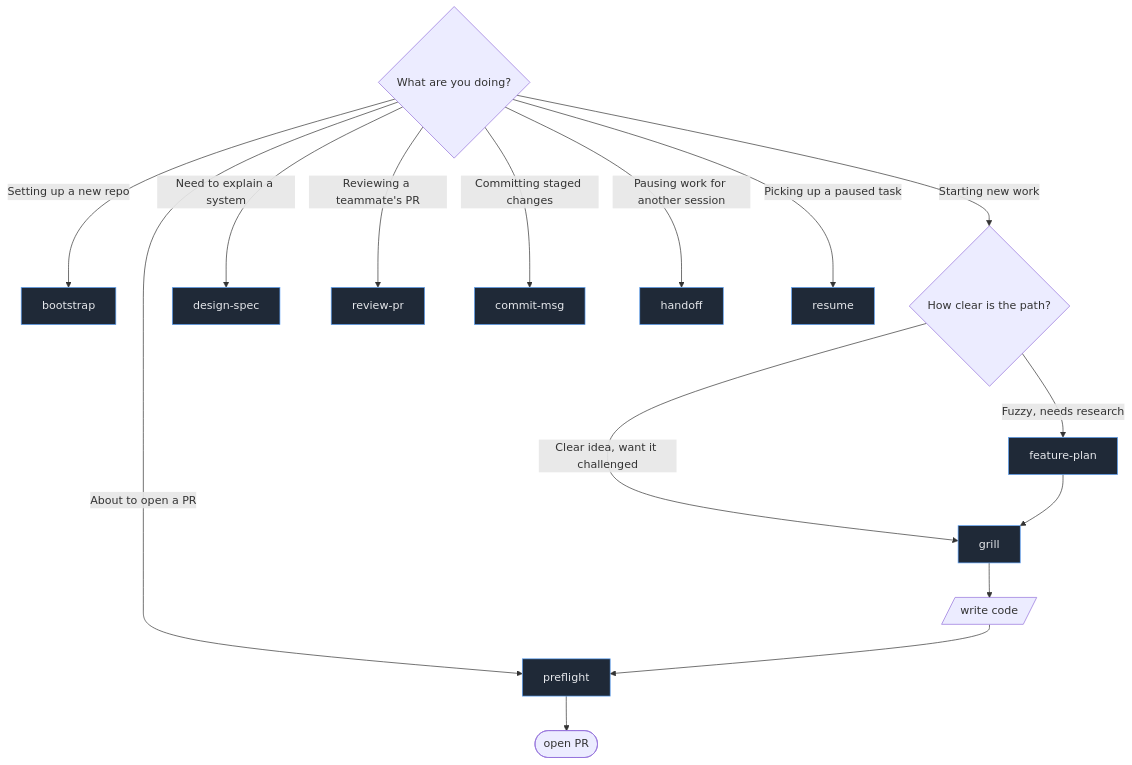
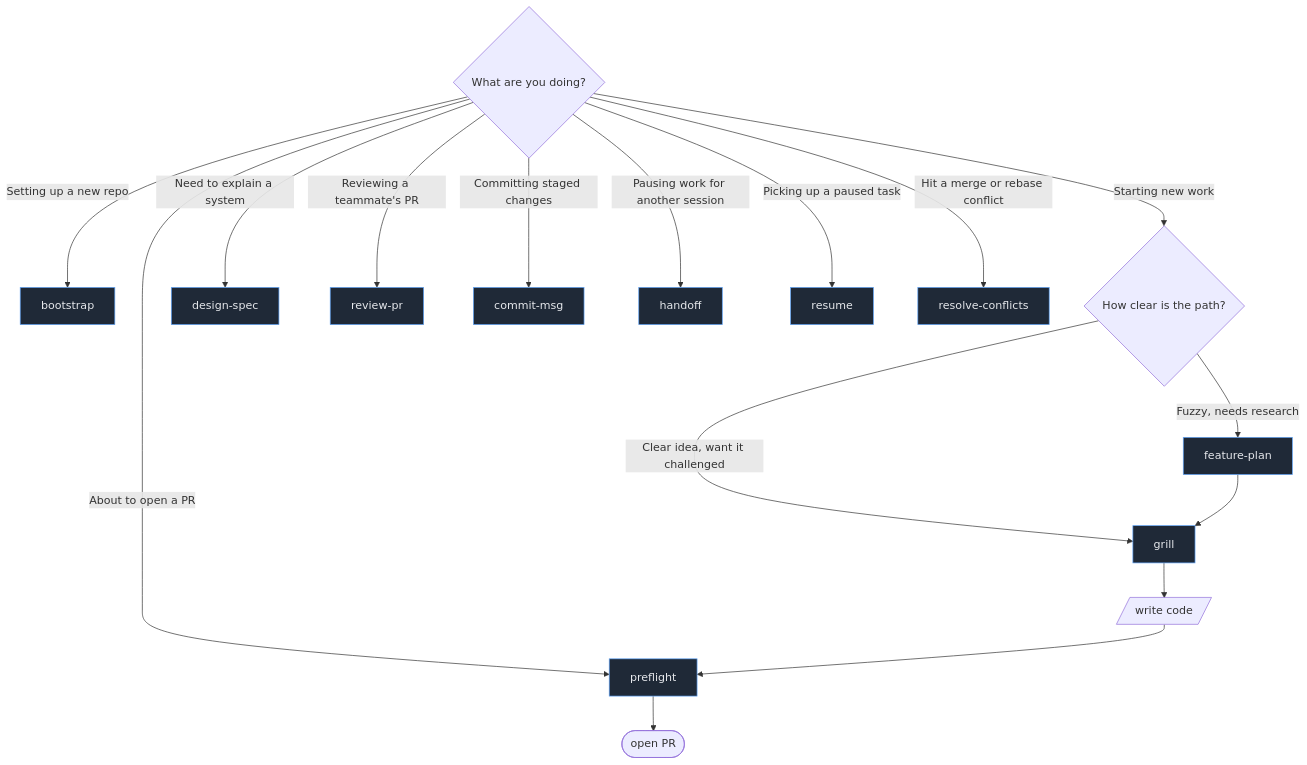
The second of 5 diagrams in README.md (powerslider/nitpickle), drawn with Mermaid before and after one commit. The commit also changed other lines of this file and 9 other files, not shown here.

````diff
--- a/README.md
+++ b/README.md
@@ -168,22 +169,23 @@
 ```mermaid
 flowchart TD
     Q{What are you doing?}
     Q -->|Setting up a new repo| IN[bootstrap]
     Q -->|Starting new work| A{How clear is the path?}
     A -->|Fuzzy, needs research| FP[feature-plan]
     A -->|Clear idea, want it challenged| GR[grill]
     Q -->|Need to explain a system| DS[design-spec]
     Q -->|About to open a PR| PF[preflight]
     Q -->|Reviewing a teammate's PR| RV[review-pr]
     Q -->|Committing staged changes| CM[commit-msg]
     Q -->|Pausing work for another session| HO[handoff]
     Q -->|Picking up a paused task| RE[resume]
+    Q -->|Hit a merge or rebase conflict| RC[resolve-conflicts]
 
     FP --> GR
     GR --> code[/write code/]
     code --> PF
     PF --> open([open PR])
 
     classDef s fill:#1f2937,stroke:#60a5fa,color:#e5e7eb
-    class IN,FP,GR,DS,PF,RV,CM,HO,RE s
+    class IN,FP,GR,DS,PF,RV,CM,HO,RE,RC s
 ```
````
